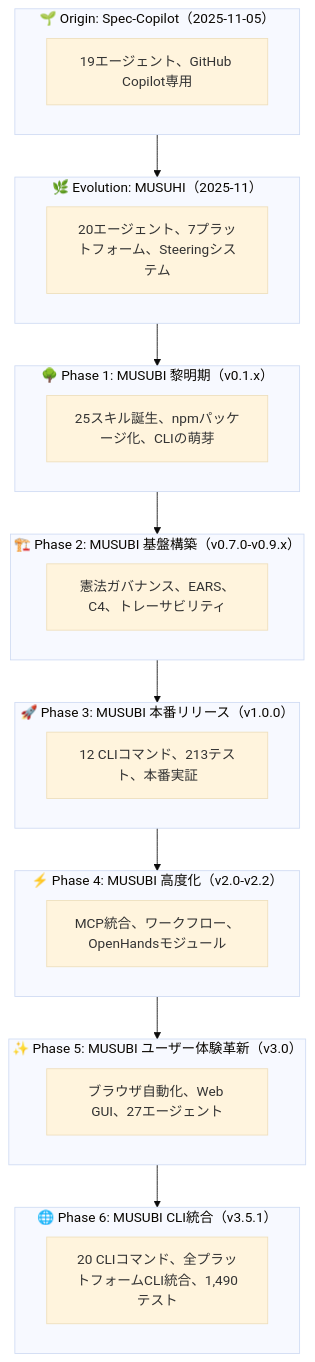
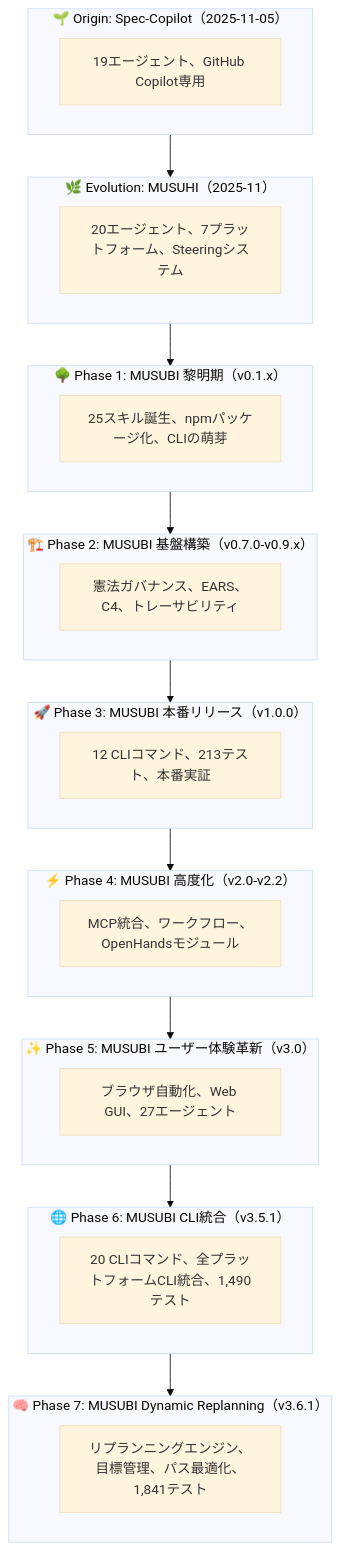
One commit to nahisaho/musubi changed the sixth of 6 diagrams in docs/Qiita/MUSUBI-Complete-Evolution-History.md. Above: the diagram before and after it, drawn with Mermaid (base theme). The commit also changed other lines of this file, not shown here.

First line of the commit message:
docs: update MUSUBI-Complete-Evolution-History.md for v3.6.0-v3.6.1

````diff
--- a/docs/Qiita/MUSUBI-Complete-Evolution-History.md
+++ b/docs/Qiita/MUSUBI-Complete-Evolution-History.md
@@ -1083,28 +1192,31 @@
 ```mermaid
 flowchart TB
     subgraph Origin["🌱 Origin: Spec-Copilot（2025-11-05）"]
         O1["19エージェント、GitHub Copilot専用"]
     end
     subgraph Evolution["🌿 Evolution: MUSUHI（2025-11）"]
         E1["20エージェント、7プラットフォーム、Steeringシステム"]
     end
     subgraph Phase1["🌳 Phase 1: MUSUBI 黎明期（v0.1.x）"]
         P1["25スキル誕生、npmパッケージ化、CLIの萌芽"]
     end
     subgraph Phase2["🏗️ Phase 2: MUSUBI 基盤構築（v0.7.0-v0.9.x）"]
         P2["憲法ガバナンス、EARS、C4、トレーサビリティ"]
     end
     subgraph Phase3["🚀 Phase 3: MUSUBI 本番リリース（v1.0.0）"]
         P3["12 CLIコマンド、213テスト、本番実証"]
     end
     subgraph Phase4["⚡ Phase 4: MUSUBI 高度化（v2.0-v2.2）"]
         P4["MCP統合、ワークフロー、OpenHandsモジュール"]
     end
     subgraph Phase5["✨ Phase 5: MUSUBI ユーザー体験革新（v3.0）"]
         P5["ブラウザ自動化、Web GUI、27エージェント"]
     end
     subgraph Phase6["🌐 Phase 6: MUSUBI CLI統合（v3.5.1）"]
         P6["20 CLIコマンド、全プラットフォームCLI統合、1,490テスト"]
     end
-    Origin --> Evolution --> Phase1 --> Phase2 --> Phase3 --> Phase4 --> Phase5 --> Phase6
+    subgraph Phase7["🧠 Phase 7: MUSUBI Dynamic Replanning（v3.6.1）"]
+        P7["リプランニングエンジン、目標管理、パス最適化、1,841テスト"]
+    end
+    Origin --> Evolution --> Phase1 --> Phase2 --> Phase3 --> Phase4 --> Phase5 --> Phase6 --> Phase7
 ```
````
